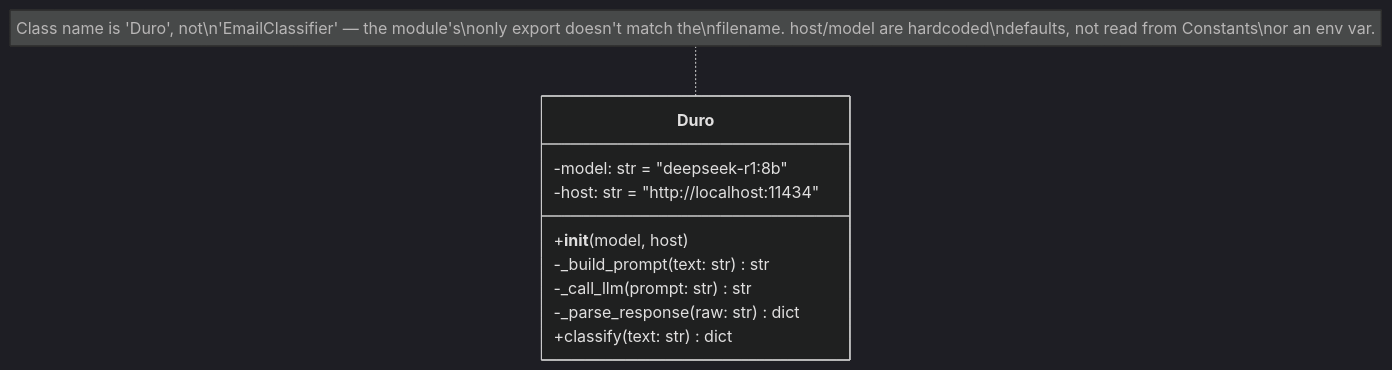
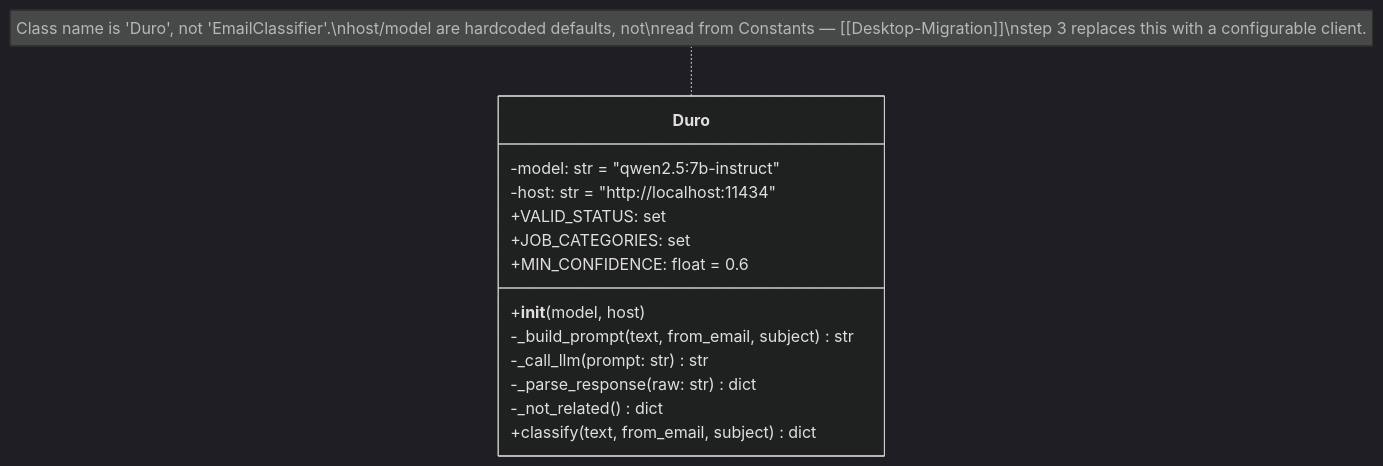
One commit to Tempest150/Scales changed the diagram in docs/diagrams/classification_class.md. Above: the diagram before and after it, drawn with Mermaid (dark theme). The commit also changed other lines of this file and 22 other files, not shown here.

````diff
--- a/docs/diagrams/classification_class.md
+++ b/docs/diagrams/classification_class.md
@@ -3,13 +3,17 @@
 ```mermaid
 classDiagram
     class Duro {
-        -model: str = "deepseek-r1:8b"
+        -model: str = "qwen2.5:7b-instruct"
         -host: str = "http://localhost:11434"
+        +VALID_STATUS: set
+        +JOB_CATEGORIES: set
+        +MIN_CONFIDENCE: float = 0.6
         +__init__(model, host)
-        -_build_prompt(text: str) str
+        -_build_prompt(text, from_email, subject) str
         -_call_llm(prompt: str) str
         -_parse_response(raw: str) dict
-        +classify(text: str) dict
+        -_not_related() dict
+        +classify(text, from_email, subject) dict
     }
-    note for Duro "Class name is 'Duro', not\n'EmailClassifier' — the module's\nonly export doesn't match the\nfilename. host/model are hardcoded\ndefaults, not read from Constants\nor an env var."
+    note for Duro "Class name is 'Duro', not 'EmailClassifier'.\nhost/model are hardcoded defaults, not\nread from Constants — [[Desktop-Migration]]\nstep 3 replaces this with a configurable client."
 ```
````
